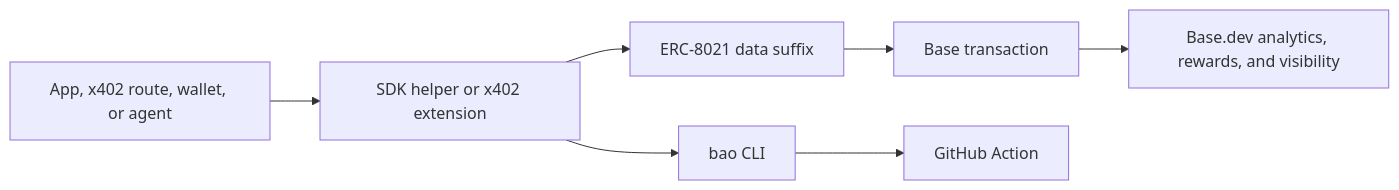
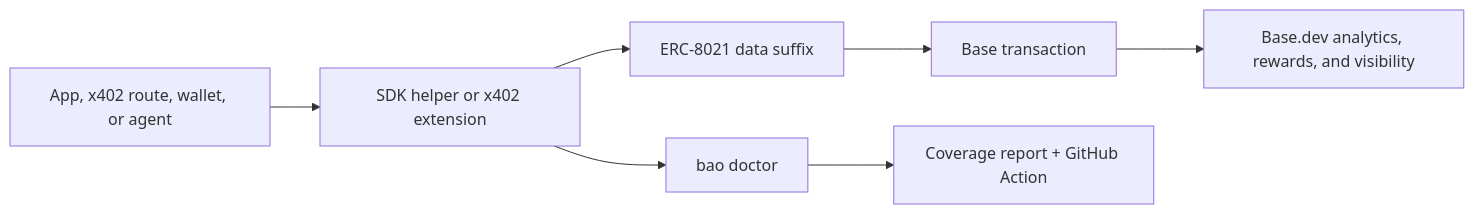
Before and after one commit to horn111/base-attribution-os: the diagram in README.md, drawn with Mermaid. The commit also changed other lines of this file and 58 other files, not shown here.

````diff
--- a/README.md
+++ b/README.md
@@ -22,9 +22,9 @@
 ```mermaid
 flowchart LR
   A["App, x402 route, wallet, or agent"] --> B["SDK helper or x402 extension"]
   B --> C["ERC-8021 data suffix"]
   C --> D["Base transaction"]
   D --> E["Base.dev analytics, rewards, and visibility"]
-  B --> F["bao CLI"]
-  F --> G["GitHub Action"]
+  B --> F["bao doctor"]
+  F --> G["Coverage report + GitHub Action"]
 ```
````
